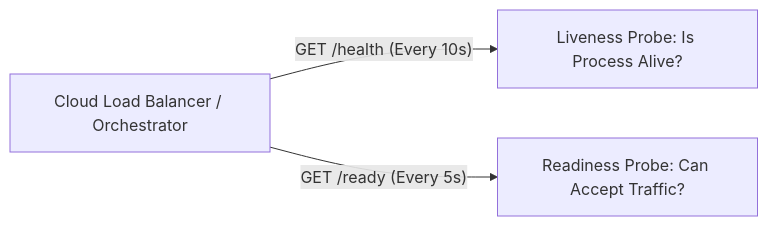
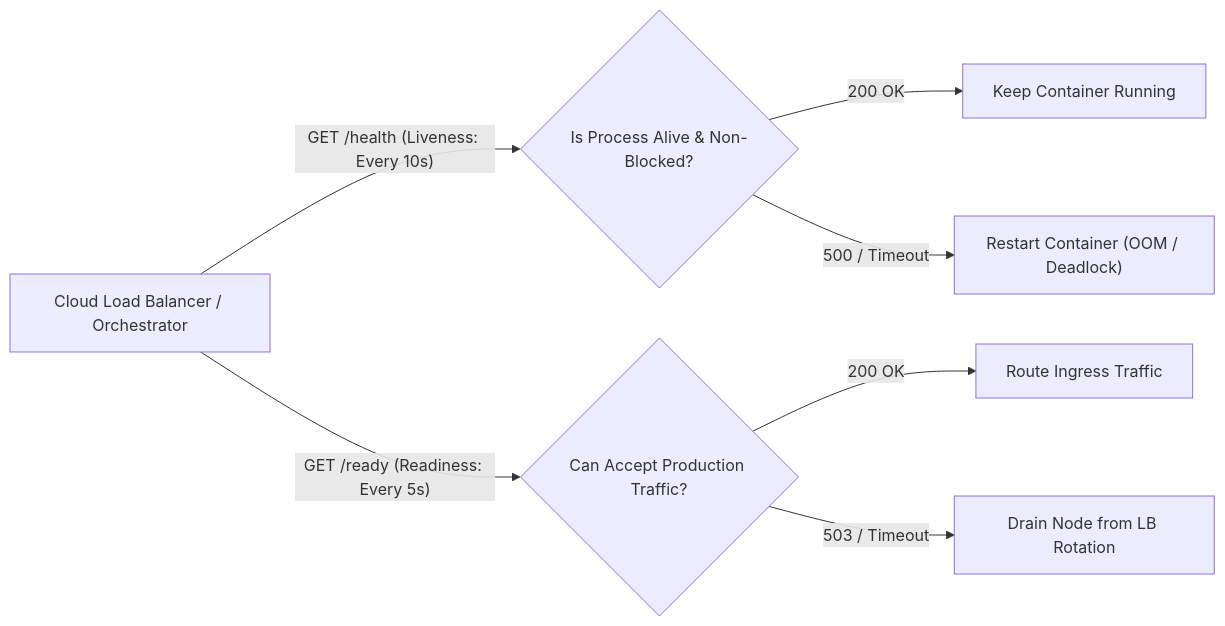
Before and after one commit to piyushmakhija28/ai-link-analysis: the diagram in docs/observability/02-sre-health-probes.md, drawn with Mermaid. The commit also changed other lines of this file and 4 other files, not shown here.

````diff
--- a/docs/observability/02-sre-health-probes.md
+++ b/docs/observability/02-sre-health-probes.md
@@ -14,6 +18,12 @@
 ```mermaid
 graph LR
-    LB["Cloud Load Balancer / Orchestrator"]
-    LB -->|"GET /health (Every 10s)"| Liveness["Liveness Probe: Is Process Alive?"]
-    LB -->|"GET /ready (Every 5s)"| Readiness["Readiness Probe: Can Accept Traffic?"]
+    Orchestrator["Cloud Load Balancer / Orchestrator"]
+    Orchestrator -->|"GET /health (Liveness: Every 10s)"| LiveCheck{"Is Process Alive & Non-Blocked?"}
+    Orchestrator -->|"GET /ready (Readiness: Every 5s)"| ReadyCheck{"Can Accept Production Traffic?"}
+    
+    LiveCheck -->|200 OK| KeepAlive["Keep Container Running"]
+    LiveCheck -->|500 / Timeout| RestartContainer["Restart Container (OOM / Deadlock)"]
+    
+    ReadyCheck -->|200 OK| RouteTraffic["Route Ingress Traffic"]
+    ReadyCheck -->|503 / Timeout| DrainTraffic["Drain Node from LB Rotation"]
 ```
````
